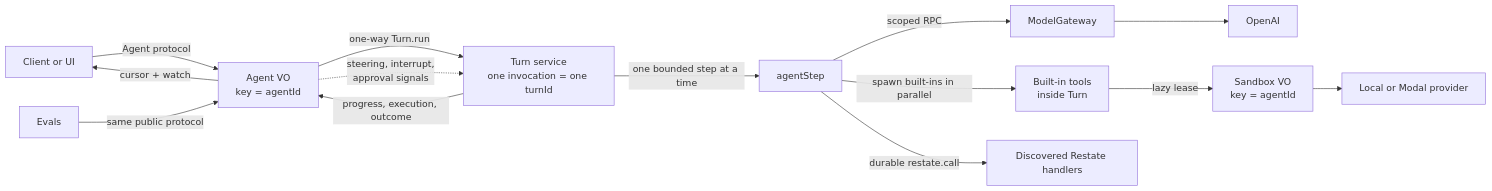
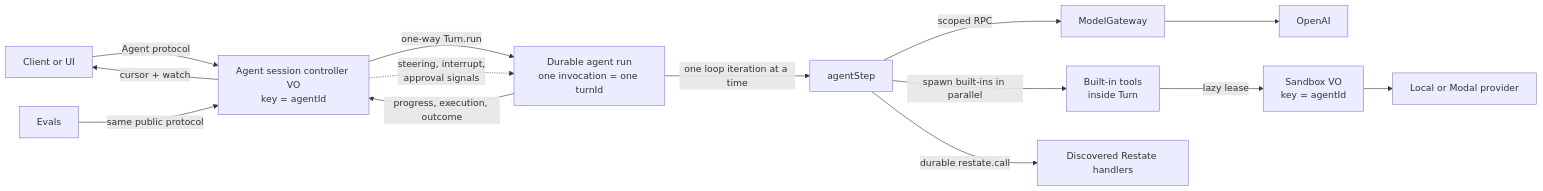
One commit to restatedev/agent changed the diagram in docs/README.md. Above: the diagram before and after it, drawn with Mermaid. The commit also changed other lines of this file and 10 other files, not shown here.

````diff
--- a/docs/README.md
+++ b/docs/README.md
@@ -43,16 +44,16 @@
 ```mermaid
 flowchart LR
-  C["Client or UI"] -->|"Agent protocol"| A["Agent VO\nkey = agentId"]
-  A -->|"one-way Turn.run"| T["Turn service\none invocation = one turnId"]
+  C["Client or UI"] -->|"Agent protocol"| A["Agent session controller VO\nkey = agentId"]
+  A -->|"one-way Turn.run"| T["Durable agent run\none invocation = one turnId"]
   A -.->|"steering, interrupt,\napproval signals"| T
-  T -->|"one bounded step at a time"| S["agentStep"]
+  T -->|"one loop iteration at a time"| S["agentStep"]
   S -->|"scoped RPC"| G["ModelGateway"]
   G --> O["OpenAI"]
   S -->|"spawn built-ins in parallel"| B["Built-in tools\ninside Turn"]
   S -->|"durable restate.call"| D["Discovered Restate handlers"]
   B -->|"lazy lease"| X["Sandbox VO\nkey = agentId"]
   X --> P["Local or Modal provider"]
   T -->|"progress, execution, outcome"| A
   A -->|"cursor + watch"| C
   E["Evals"] -->|"same public protocol"| A
 ```
````
